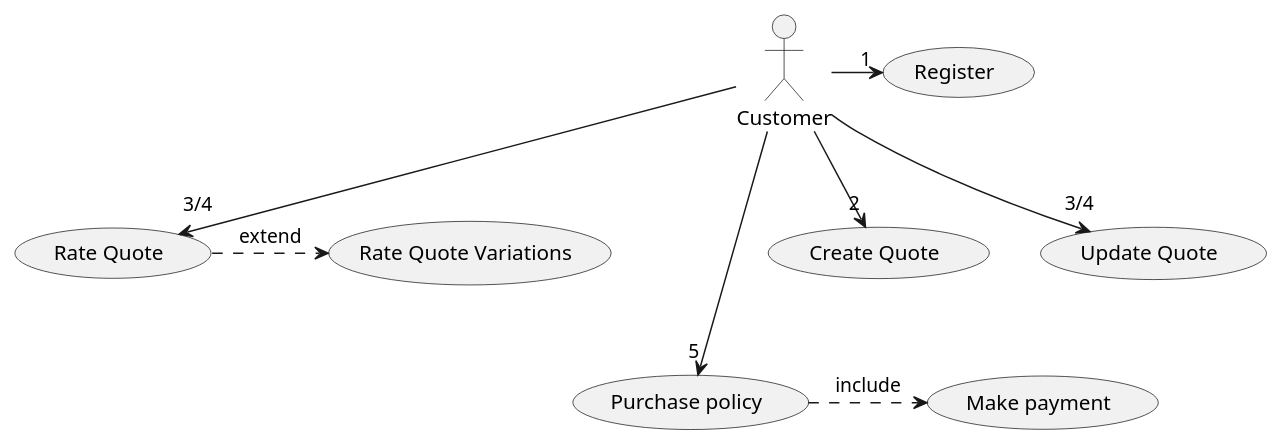
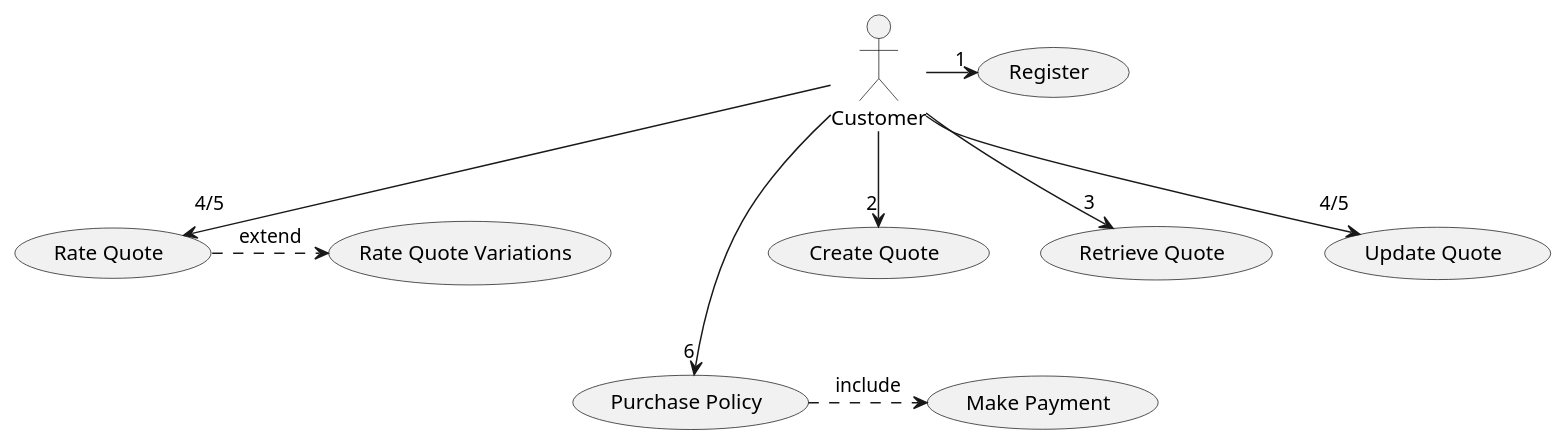
The diagram in qq-use-case.puml (evgueni-spb/bootcamp), drawn with PlantUML before and after one commit.

Commit message:
updated diagrams

```diff
--- a/qq-use-case.puml
+++ b/qq-use-case.puml
@@ -1,13 +1,14 @@
 @startuml
 
 
 Customer -> "1" (Register)
 Customer --> "2" (Create Quote)
-Customer --> "3/4" (Rate Quote)
-Customer --> "3/4" (Update Quote)
+Customer --> "3" (Retrieve Quote)
+Customer --> "4/5" (Rate Quote)
+Customer --> "4/5" (Update Quote)
 (Rate Quote) .> (Rate Quote Variations) :extend
-Customer ---> "5" (Purchase policy)
-(Purchase policy) .> (Make payment) :include
+Customer ---> "6" (Purchase Policy)
+(Purchase Policy) .> (Make Payment) :include
 
 
 @enduml
```
